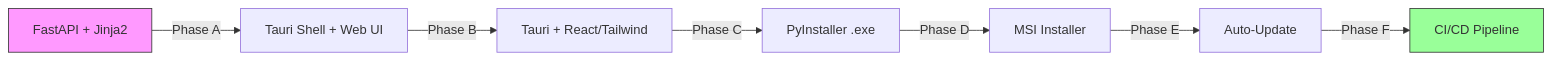
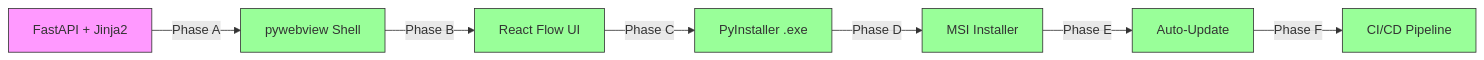
One commit to hossein1377mobini/hiveos-financial-brain changed the diagram in ROADMAP.md. Above: the diagram before and after it, drawn with Mermaid. The commit also changed other lines of this file and 10 other files, not shown here.

````diff
--- a/ROADMAP.md
+++ b/ROADMAP.md
@@ -182,11 +157,16 @@
 ```mermaid
 flowchart LR
-    A[FastAPI + Jinja2] -->|Phase A| B[Tauri Shell + Web UI]
-    B -->|Phase B| C[Tauri + React/Tailwind]
+    A[FastAPI + Jinja2] -->|Phase A| B[pywebview Shell]
+    B -->|Phase B| C[React Flow UI]
     C -->|Phase C| D[PyInstaller .exe]
     D -->|Phase D| E[MSI Installer]
     E -->|Phase E| F[Auto-Update]
     F -->|Phase F| G[CI/CD Pipeline]
     style A fill:#f9f,stroke:#333
+    style B fill:#9f9,stroke:#333
+    style C fill:#9f9,stroke:#333
+    style D fill:#9f9,stroke:#333
+    style E fill:#9f9,stroke:#333
+    style F fill:#9f9,stroke:#333
     style G fill:#9f9,stroke:#333
 ```
````
